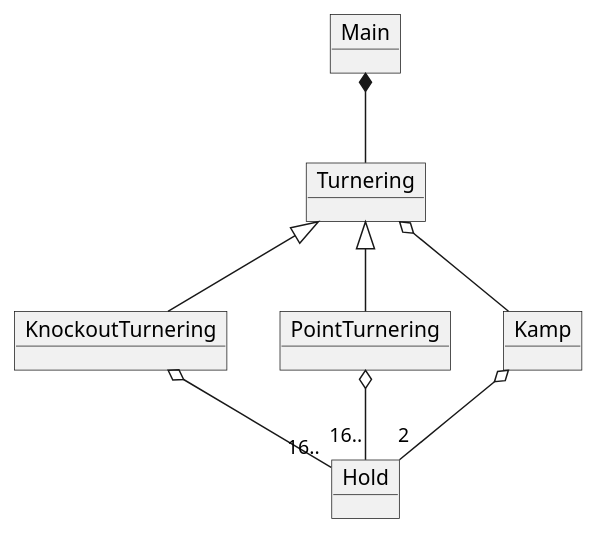
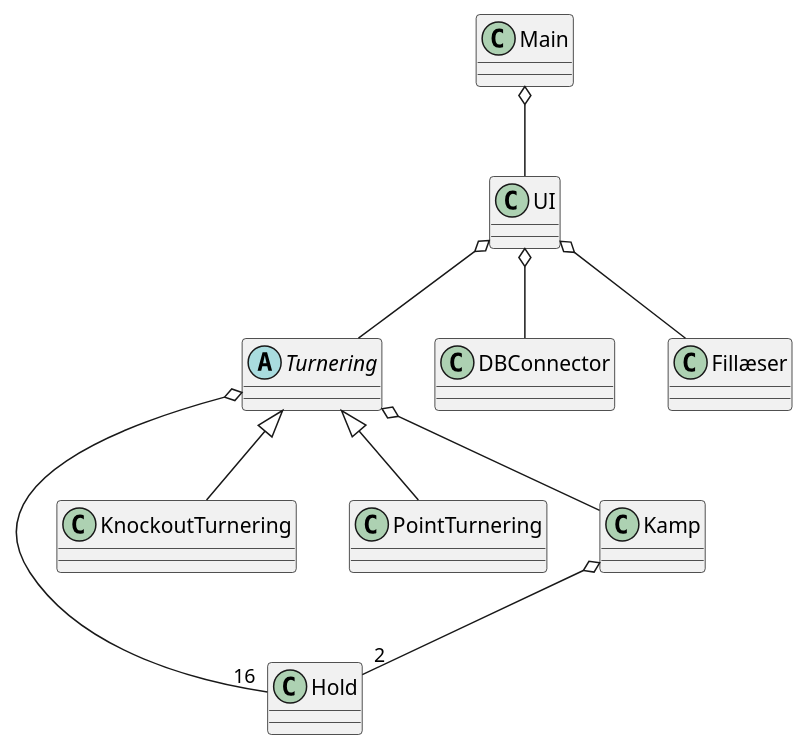
The diagram in SP3/src/UML/Domain.puml (Datamatiker-A3/SP3), drawn with PlantUML before and after one commit. The commit also changed 1 other file, not shown here.

```diff
--- a/SP3/src/UML/Domain.puml
+++ b/SP3/src/UML/Domain.puml
@@ -1,18 +1,23 @@
 @startuml
 'https://plantuml.com/class-diagram
 
-object Turnering
-object Main
-object Hold
-object KnockoutTurnering
-object PointTurnering
-object Kamp
+abstract class Turnering
+class Main
+class Hold
+class KnockoutTurnering
+class PointTurnering
+class Kamp
+class DBConnector
+class Fillæser
+class UI
 
-Main *-- Turnering
+Main o-- UI
+UI o-- Turnering
 Turnering <|-- KnockoutTurnering
 Turnering<|-- PointTurnering
-KnockoutTurnering o-- "16.." Hold
-PointTurnering o-- "16.." Hold
+Turnering o-- "16" Hold
 Turnering o-- Kamp
 Kamp o-- "2" Hold
+UI o-- DBConnector
+UI o-- Fillæser
 @enduml
```
